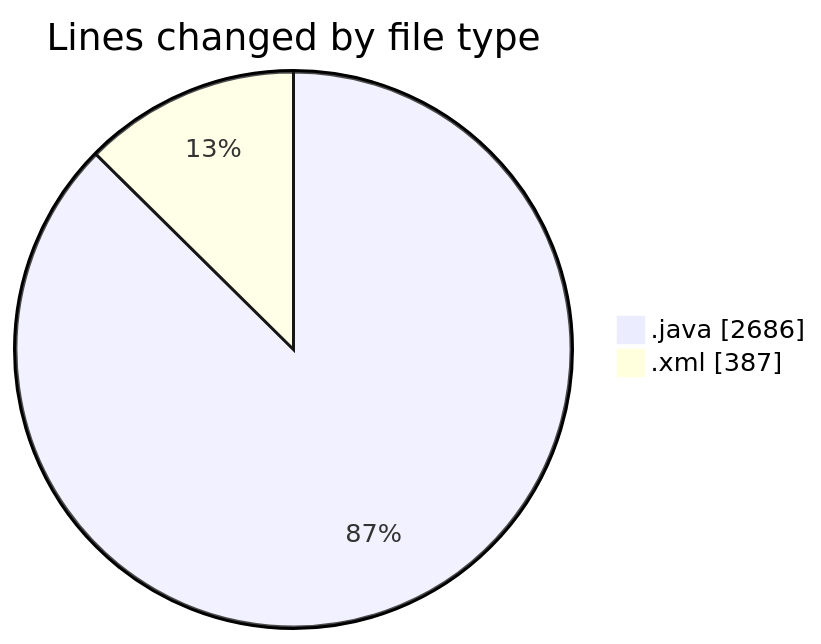
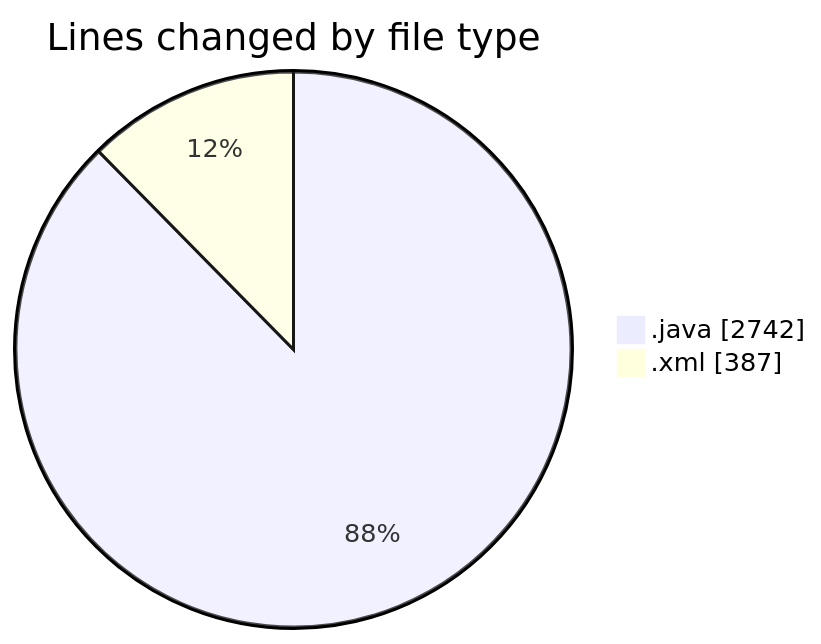
One commit to charlie-sans/code-tracking changed the first of 2 diagrams in 2025-05-01/jmasm/README.md. Above: the diagram before and after it, drawn with Mermaid. The commit also changed other lines of this file and 1 other file, not shown here.

````diff
--- a/2025-05-01/jmasm/README.md
+++ b/2025-05-01/jmasm/README.md
@@ -28,6 +28,6 @@
 ```mermaid
 pie showData
 title Lines changed by file type
-".java" : 2686
+".java" : 2742
 ".xml" : 387
 ```
````
